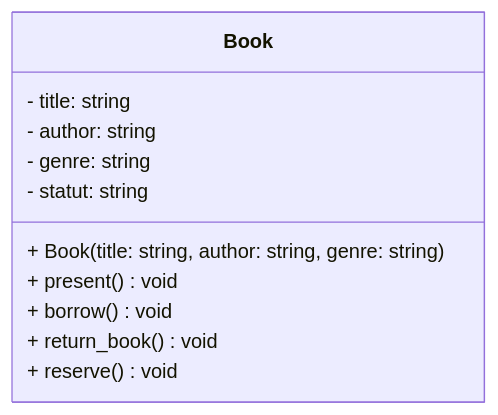
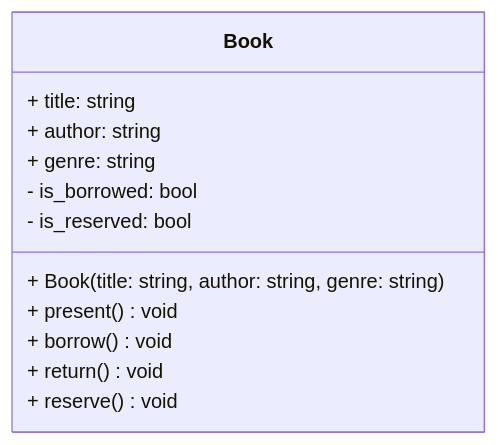
The first of 2 diagrams in _formations/oop/introduction.md (aldevgen/aldevgen.github.io), drawn with Mermaid before and after one commit. The commit also changed other lines of this file, not shown here.

Commit message:
Fix typos in POO introduction

````diff
--- a/_formations/oop/introduction.md
+++ b/_formations/oop/introduction.md
@@ -29,15 +29,16 @@
 ```mermaid
 %%{init: {"class": {"useMaxWidth": "false"}}%%
 classDiagram
     class Book {
-        - title: string
-        - author: string
-        - genre: string
-        - statut: string
+        + title: string
+        + author: string
+        + genre: string
+        - is_borrowed: bool
+        - is_reserved: bool
         + Book(title: string, author: string, genre: string)
         + present() void
         + borrow() void
-        + return_book() void
+        + return() void
         + reserve() void
     }
 ```
````
